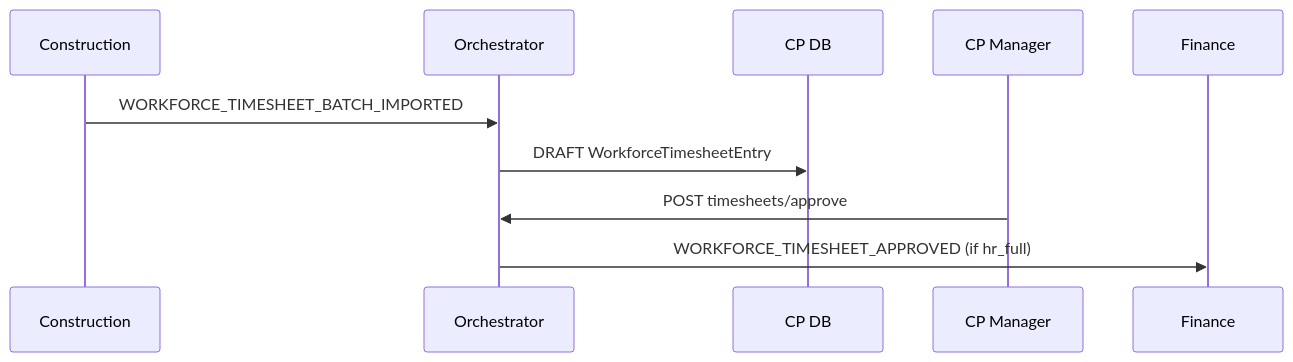
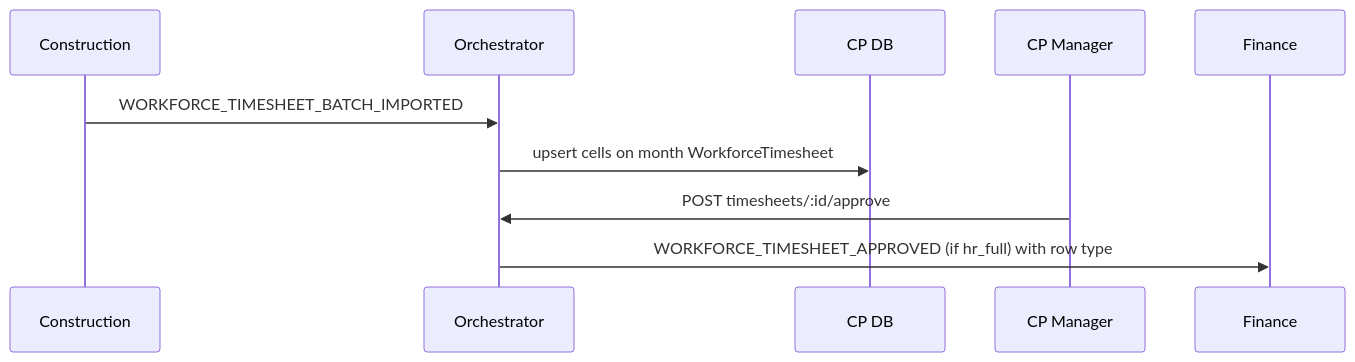
Before and after one commit to china630/era-ecosystem: the diagram in docs/adr/workforce-timesheet-construction-bridge.md, drawn with Mermaid. The commit also changed other lines of this file and 35 other files, not shown here.

First line of the commit message:
feat(orchestrator): CP month timesheet as attendance SoR

````diff
--- a/docs/adr/workforce-timesheet-construction-bridge.md
+++ b/docs/adr/workforce-timesheet-construction-bridge.md
@@ -12,7 +17,7 @@
 ```mermaid
 sequenceDiagram
   Construction->>Orchestrator: WORKFORCE_TIMESHEET_BATCH_IMPORTED
-  Orchestrator->>CP DB: DRAFT WorkforceTimesheetEntry
-  CP Manager->>Orchestrator: POST timesheets/approve
-  Orchestrator->>Finance: WORKFORCE_TIMESHEET_APPROVED (if hr_full)
+  Orchestrator->>CP DB: upsert cells on month WorkforceTimesheet
+  CP Manager->>Orchestrator: POST timesheets/:id/approve
+  Orchestrator->>Finance: WORKFORCE_TIMESHEET_APPROVED (if hr_full) with row type
 ```
````
